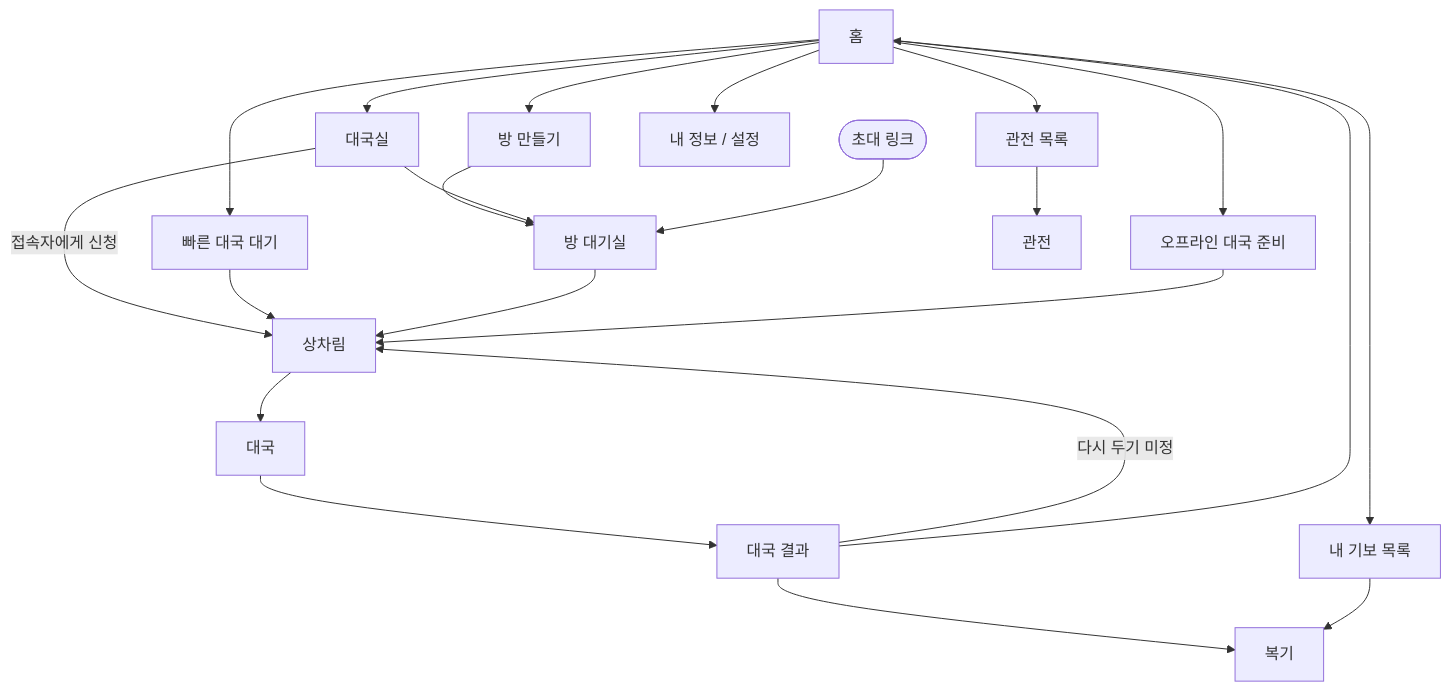
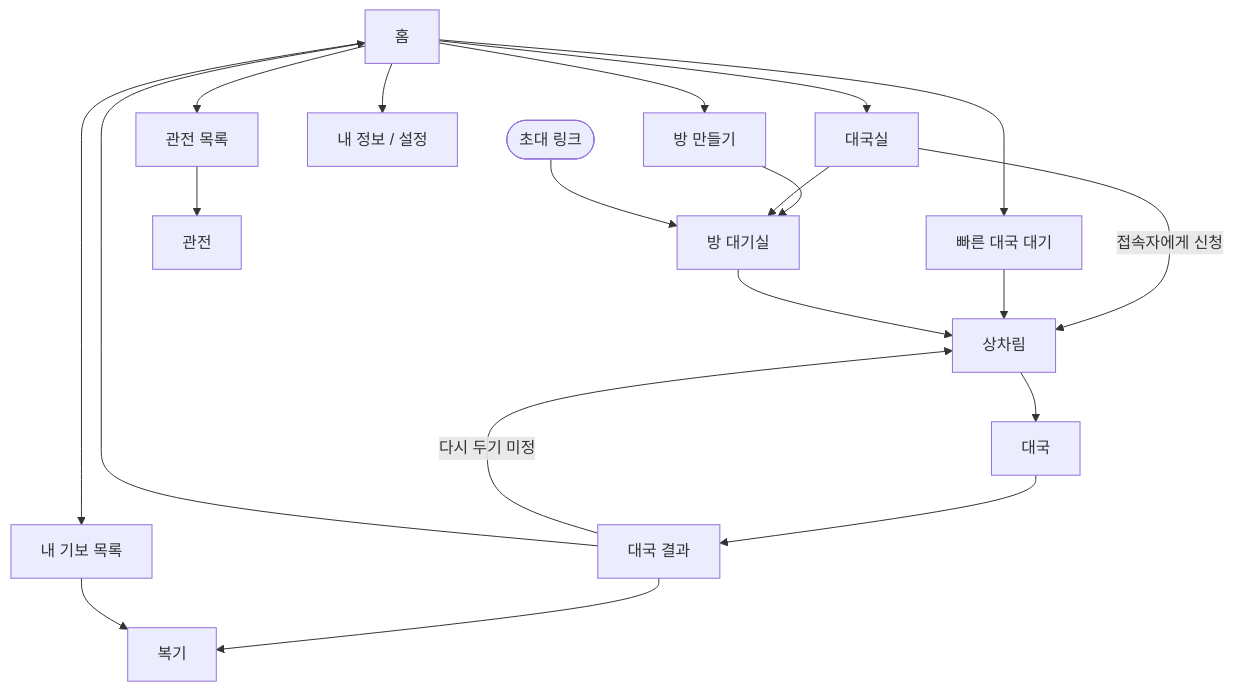
One commit to korkis/janggi-go changed the diagram in docs/screens.md. Above: the diagram before and after it, drawn with Mermaid. The commit also changed other lines of this file and 3 other files, not shown here.

````diff
--- a/docs/screens.md
+++ b/docs/screens.md
@@ -45,28 +44,26 @@
 ```mermaid
 flowchart TD
     Home[홈]
     Home --> Quick[빠른 대국 대기]
     Home --> Create[방 만들기]
-    Home --> Offline[오프라인 대국 준비]
     Home --> Lobby[대국실]
     Home --> Watch[관전 목록]
     Home --> Records[내 기보 목록]
     Home --> Me[내 정보 / 설정]
 
     Create --> Room[방 대기실]
     Lobby --> Room
     Link([초대 링크]) --> Room
     Lobby -->|접속자에게 신청| Setup
 
     Quick --> Setup[상차림]
     Room --> Setup
-    Offline --> Setup
     Setup --> Game[대국]
     Game --> Result[대국 결과]
     Result --> Review[복기]
     Result -->|다시 두기 미정| Setup
     Result --> Home
 
     Watch --> Spectate[관전]
     Records --> Review
 ```
````
